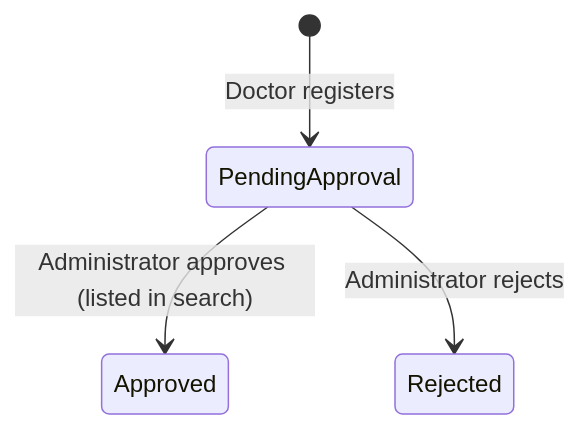
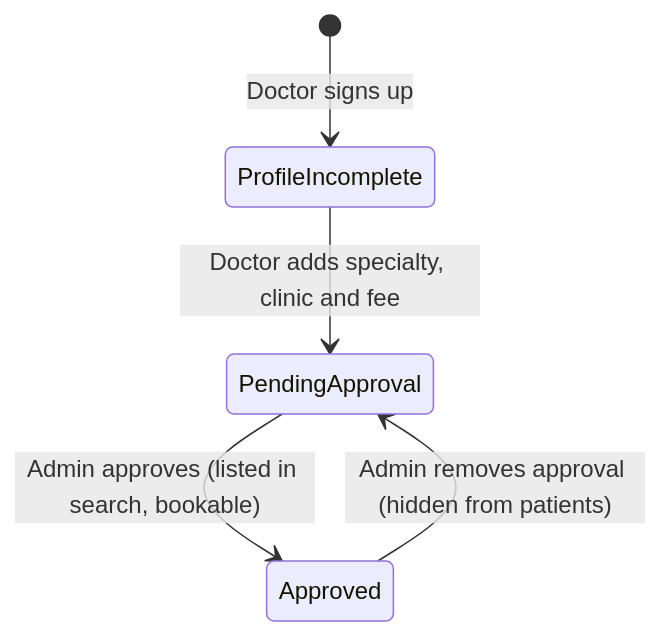
One commit to 3mrNasser/Medi-Care-Clinic-Management-Project-R5 changed the seventh of 9 diagrams in mdFiles/4.3 Data Flow and System Behavior.md. Above: the diagram before and after it, drawn with Mermaid. The commit also changed other lines of this file and 18 other files, not shown here.

````diff
--- a/mdFiles/4.3 Data Flow and System Behavior.md
+++ b/mdFiles/4.3 Data Flow and System Behavior.md
@@ -173,6 +185,7 @@
 ```mermaid
 stateDiagram-v2
-    [*] --> PendingApproval : Doctor registers
-    PendingApproval --> Approved : Administrator approves (listed in search)
-    PendingApproval --> Rejected : Administrator rejects
+    [*] --> ProfileIncomplete : Doctor signs up
+    ProfileIncomplete --> PendingApproval : Doctor adds specialty, clinic and fee
+    PendingApproval --> Approved : Admin approves (listed in search, bookable)
+    Approved --> PendingApproval : Admin removes approval (hidden from patients)
 ```
````
